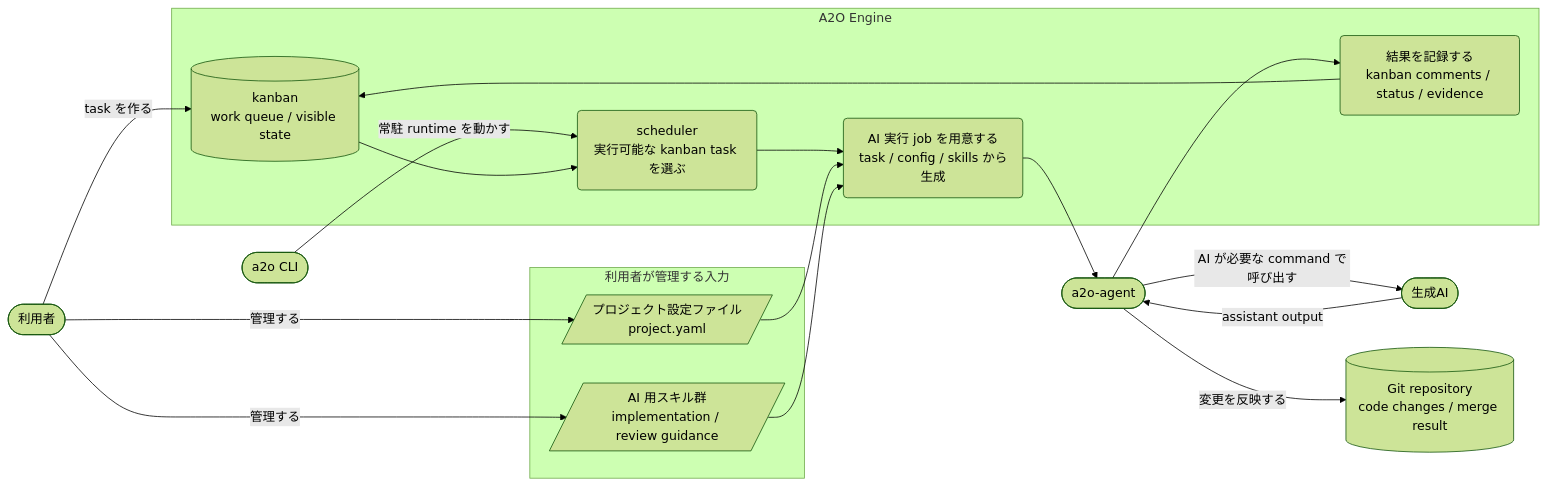
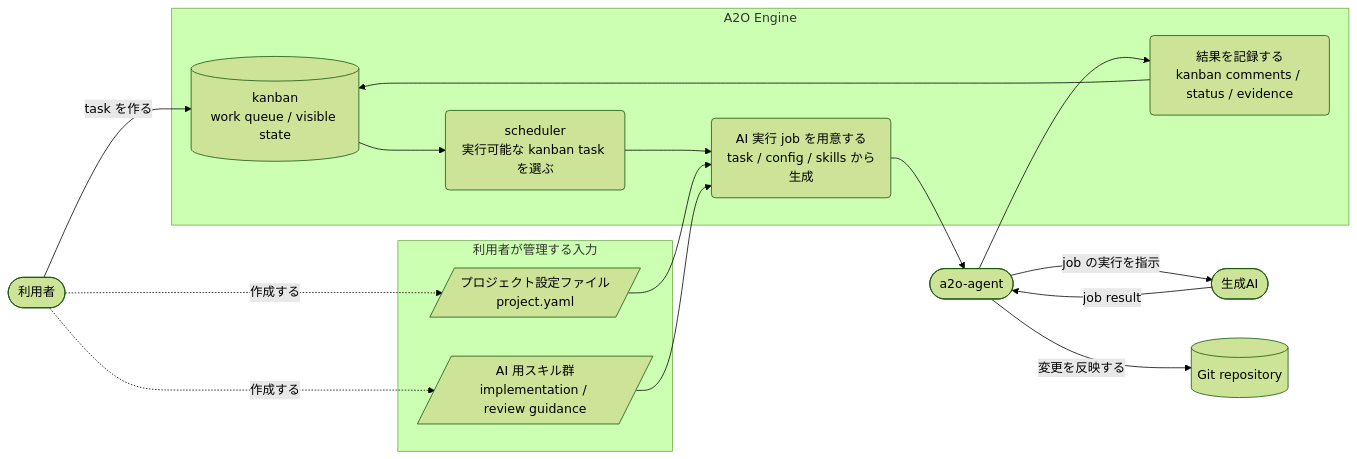
One commit to wamukat/a2o changed the diagram in docs/ja/dev/00-design-map.md. Above: the diagram before and after it, drawn with Mermaid (forest theme). The commit also changed other lines of this file and 1 other file, not shown here.

Commit message:
A2O#88 Simplify diagram participants

````diff
--- a/docs/ja/dev/00-design-map.md
+++ b/docs/ja/dev/00-design-map.md
@@ -14,36 +14,34 @@
 ```mermaid
 flowchart LR
   User([利用者])
-  CLI([a2o CLI])
   Agent([a2o-agent])
   AI([生成AI])
 
   subgraph Inputs["利用者が管理する入力"]
     ProjectConfig[/プロジェクト設定ファイル\nproject.yaml/]
     SkillFiles[/AI 用スキル群\nimplementation / review guidance/]
   end
 
   subgraph Engine["A2O Engine"]
     Kanban[(kanban\nwork queue / visible state)]
     Scheduler(scheduler\n実行可能な kanban task を選ぶ)
     Prepare(AI 実行 job を用意する\ntask / config / skills から生成)
     Report(結果を記録する\nkanban comments / status / evidence)
   end
 
-  Repository[(Git repository\ncode changes / merge result)]
+  Repository[(Git repository)]
 
   User -->|"task を作る"| Kanban
-  User -->|"管理する"| ProjectConfig
-  User -->|"管理する"| SkillFiles
-  CLI -->|"常駐 runtime を動かす"| Scheduler
+  User -.->|"作成する"| ProjectConfig
+  User -.->|"作成する"| SkillFiles
   Kanban --> Scheduler
   Scheduler --> Prepare
   ProjectConfig --> Prepare
   SkillFiles --> Prepare
   Prepare --> Agent
-  Agent -->|"AI が必要な command で呼び出す"| AI
-  AI -->|"assistant output"| Agent
+  Agent -->|"job の実行を指示"| AI
+  AI -->|"job result"| Agent
   Agent -->|"変更を反映する"| Repository
   Agent --> Report
   Report --> Kanban
 ```
````
